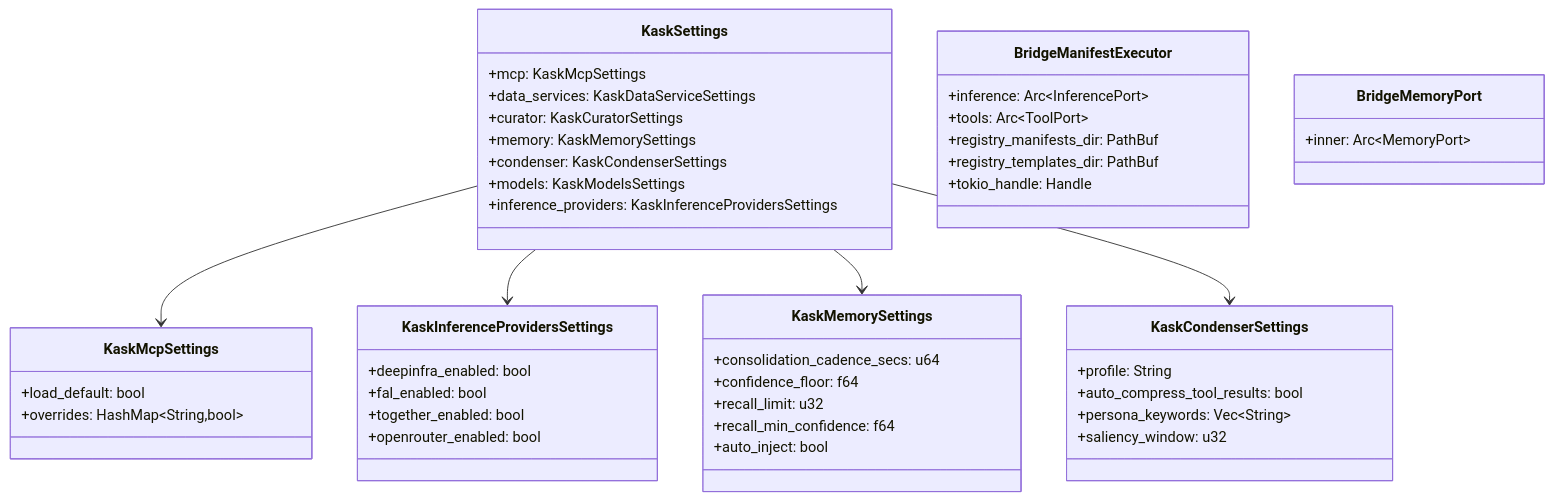
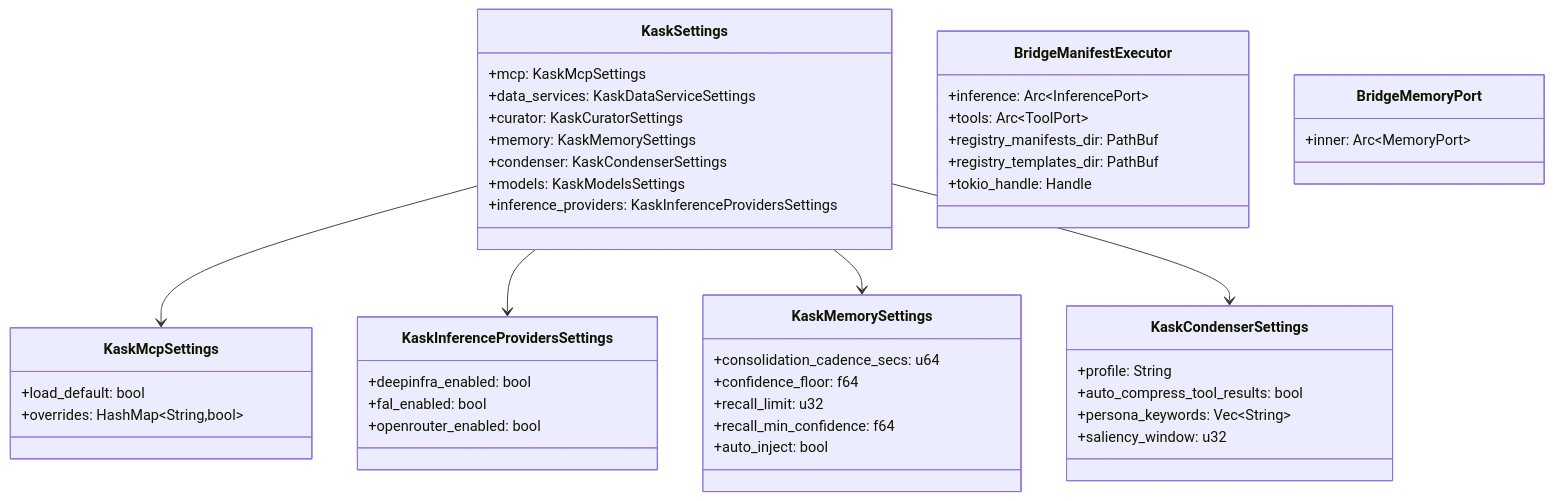
The diagram in kask/docs/diataxis/kask_bridge/reference.md (mdz-axo/zed-kask), drawn with Mermaid before and after one commit. The commit also changed 7 other files, not shown here.

````diff
--- a/kask/docs/diataxis/kask_bridge/reference.md
+++ b/kask/docs/diataxis/kask_bridge/reference.md
@@ -51,50 +51,49 @@
 ```mermaid
 classDiagram
     class KaskSettings {
         +mcp: KaskMcpSettings
         +data_services: KaskDataServiceSettings
         +curator: KaskCuratorSettings
         +memory: KaskMemorySettings
         +condenser: KaskCondenserSettings
         +models: KaskModelsSettings
         +inference_providers: KaskInferenceProvidersSettings
     }
     class KaskMcpSettings {
         +load_default: bool
         +overrides: HashMap~String,bool~
     }
     class KaskInferenceProvidersSettings {
         +deepinfra_enabled: bool
         +fal_enabled: bool
-        +together_enabled: bool
         +openrouter_enabled: bool
     }
     class KaskMemorySettings {
         +consolidation_cadence_secs: u64
         +confidence_floor: f64
         +recall_limit: u32
         +recall_min_confidence: f64
         +auto_inject: bool
     }
     class KaskCondenserSettings {
         +profile: String
         +auto_compress_tool_results: bool
         +persona_keywords: Vec~String~
         +saliency_window: u32
     }
     class BridgeManifestExecutor {
         +inference: Arc~InferencePort~
         +tools: Arc~ToolPort~
         +registry_manifests_dir: PathBuf
         +registry_templates_dir: PathBuf
         +tokio_handle: Handle
     }
     class BridgeMemoryPort {
         +inner: Arc~MemoryPort~
     }
 
     KaskSettings --> KaskMcpSettings
     KaskSettings --> KaskInferenceProvidersSettings
     KaskSettings --> KaskMemorySettings
     KaskSettings --> KaskCondenserSettings
 ```
````
